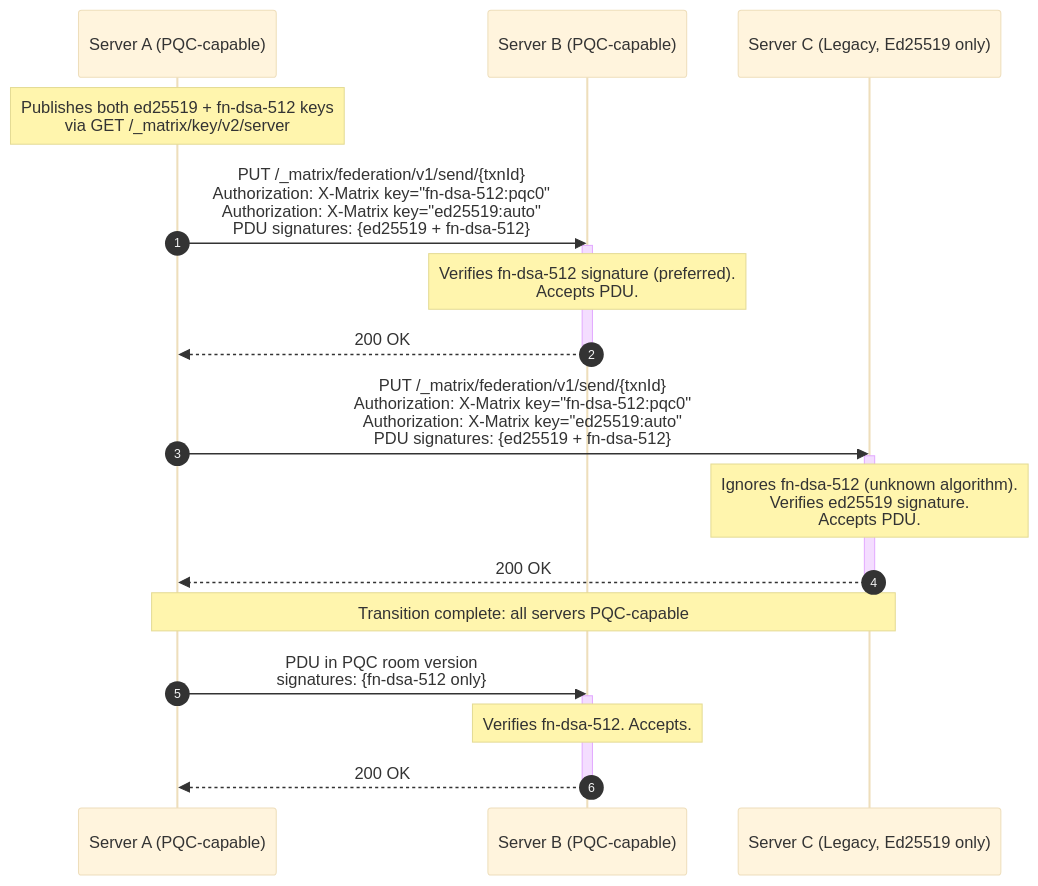
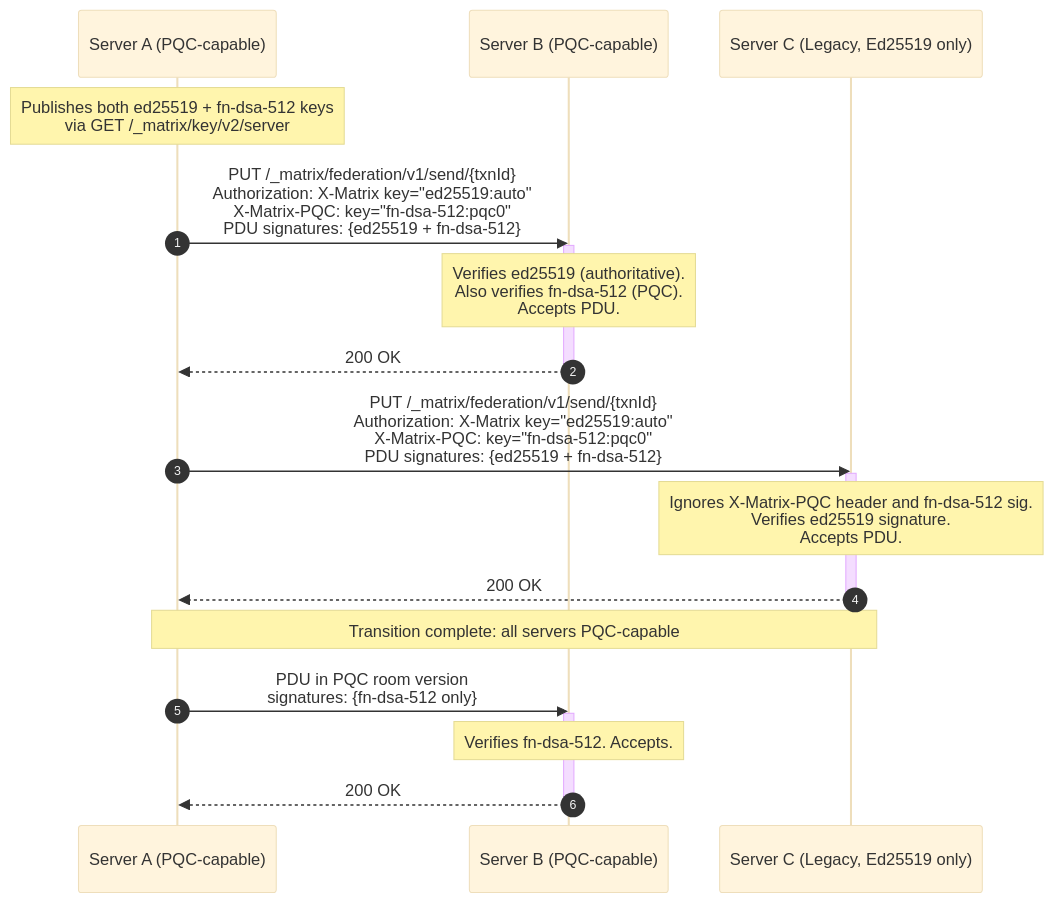
The diagram in proposals/XXXX-e2ee-quantum-sigs-pdu.md (gamesguru/matrix-spec-proposals), drawn with Mermaid (base theme) before and after one commit. The commit also changed other lines of this file, not shown here.

````diff
--- a/proposals/XXXX-e2ee-quantum-sigs-pdu.md
+++ b/proposals/XXXX-e2ee-quantum-sigs-pdu.md
@@ -177,29 +183,29 @@
 ```mermaid
 sequenceDiagram
     autonumber
     participant S1 as Server A (PQC-capable)
     participant S2 as Server B (PQC-capable)
     participant S3 as Server C (Legacy, Ed25519 only)
 
     Note over S1: Publishes both ed25519 + fn-dsa-512 keys<br/>via GET /_matrix/key/v2/server
 
-    S1->>S2: PUT /_matrix/federation/v1/send/{txnId}<br/>Authorization: X-Matrix key="fn-dsa-512:pqc0"<br/>Authorization: X-Matrix key="ed25519:auto"<br/>PDU signatures: {ed25519 + fn-dsa-512}
+    S1->>S2: PUT /_matrix/federation/v1/send/{txnId}<br/>Authorization: X-Matrix key="ed25519:auto"<br/>X-Matrix-PQC: key="fn-dsa-512:pqc0"<br/>PDU signatures: {ed25519 + fn-dsa-512}
     activate S2
-    Note over S2: Verifies fn-dsa-512 signature (preferred).<br/>Accepts PDU.
+    Note over S2: Verifies ed25519 (authoritative).<br/>Also verifies fn-dsa-512 (PQC).<br/>Accepts PDU.
     S2-->>S1: 200 OK
     deactivate S2
 
-    S1->>S3: PUT /_matrix/federation/v1/send/{txnId}<br/>Authorization: X-Matrix key="fn-dsa-512:pqc0"<br/>Authorization: X-Matrix key="ed25519:auto"<br/>PDU signatures: {ed25519 + fn-dsa-512}
+    S1->>S3: PUT /_matrix/federation/v1/send/{txnId}<br/>Authorization: X-Matrix key="ed25519:auto"<br/>X-Matrix-PQC: key="fn-dsa-512:pqc0"<br/>PDU signatures: {ed25519 + fn-dsa-512}
     activate S3
-    Note over S3: Ignores fn-dsa-512 (unknown algorithm).<br/>Verifies ed25519 signature.<br/>Accepts PDU.
+    Note over S3: Ignores X-Matrix-PQC header and fn-dsa-512 sig.<br/>Verifies ed25519 signature.<br/>Accepts PDU.
     S3-->>S1: 200 OK
     deactivate S3
 
     Note over S1,S3: Transition complete: all servers PQC-capable
 
     S1->>S2: PDU in PQC room version<br/>signatures: {fn-dsa-512 only}
     activate S2
     Note over S2: Verifies fn-dsa-512. Accepts.
     S2-->>S1: 200 OK
     deactivate S2
 ```
````
